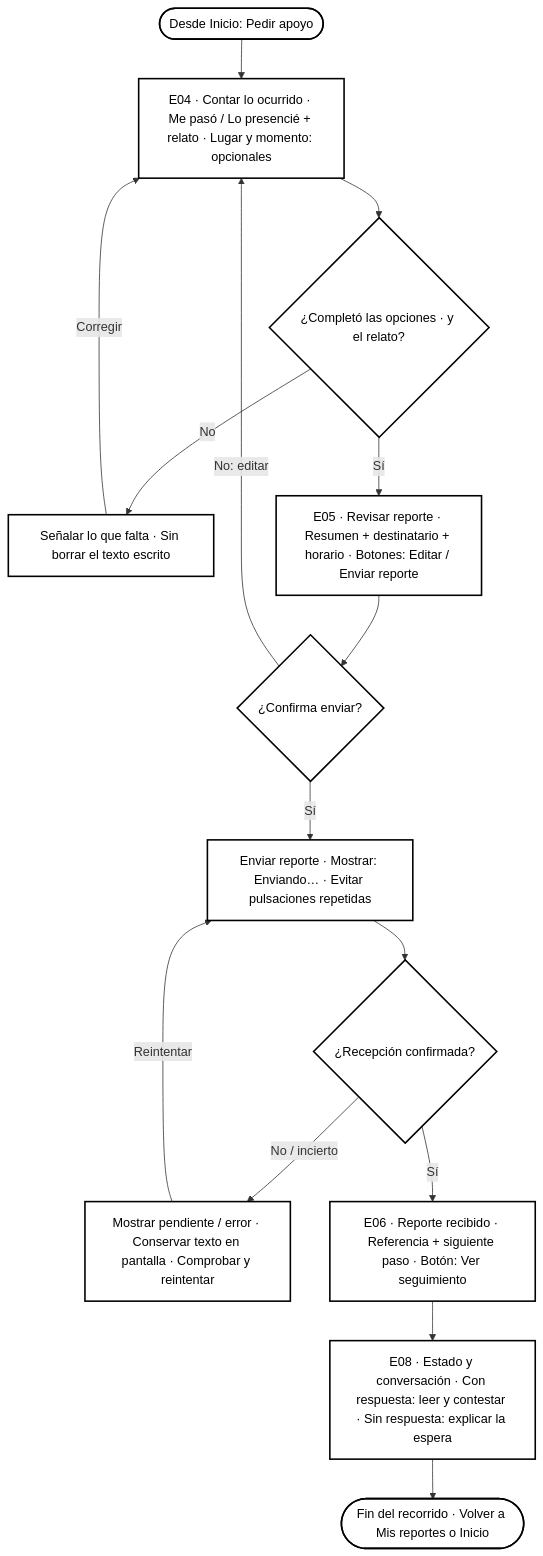
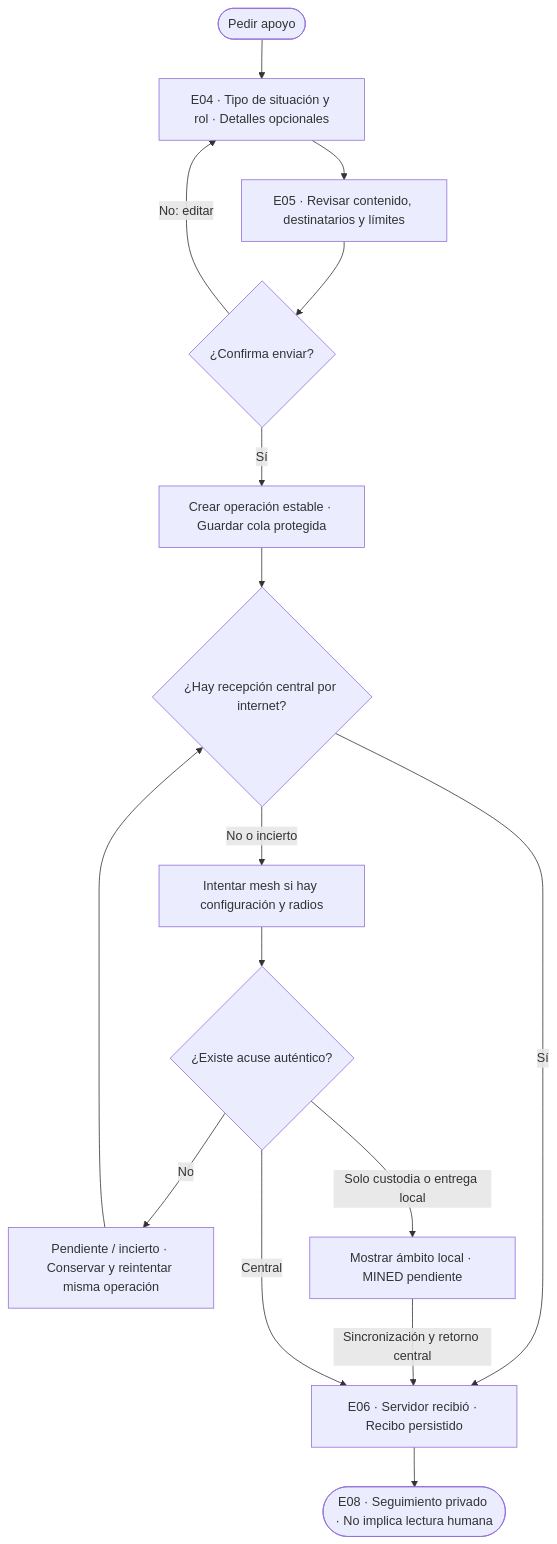
One commit to JaBaca67/Setu-Unicef-Bugnuelitos-UAM changed the third of 7 diagrams in docs/diseno/flujos/README.md. Above: the diagram before and after it, drawn with Mermaid. The commit also changed other lines of this file and 12 other files, not shown here.

Commit message:
docs: actualizar siete flujos Mermaid y retirar vistas obsoletas

````diff
--- a/docs/diseno/flujos/README.md
+++ b/docs/diseno/flujos/README.md
@@ -89,31 +51,18 @@
 ```mermaid
 flowchart TD
-    start(["Desde Inicio: Pedir apoyo"])
-    form["E04 · Contar lo ocurrido · Me pasó / Lo presencié + relato · Lugar y momento: opcionales"]
-    complete{"¿Completó las opciones · y el relato?"}
-    fix["Señalar lo que falta · Sin borrar el texto escrito"]
-    review["E05 · Revisar reporte · Resumen + destinatario + horario · Botones: Editar / Enviar reporte"]
-    confirm{"¿Confirma enviar?"}
-    send["Enviar reporte · Mostrar: Enviando… · Evitar pulsaciones repetidas"]
-    received{"¿Recepción confirmada?"}
-    retry["Mostrar pendiente / error · Conservar texto en pantalla · Comprobar y reintentar"]
-    receipt["E06 · Reporte recibido · Referencia + siguiente paso · Botón: Ver seguimiento"]
-    detail["E08 · Estado y conversación · Con respuesta: leer y contestar · Sin respuesta: explicar la espera"]
-    finish(["Fin del recorrido · Volver a Mis reportes o Inicio"])
-    start --> form
-    form --> complete
-    complete -->|"No"| fix
-    fix -->|"Corregir"| form
-    complete -->|"Sí"| review
-    review --> confirm
-    confirm -->|"No: editar"| form
-    confirm -->|"Sí"| send
-    send --> received
-    received -->|"No / incierto"| retry
-    retry -->|"Reintentar"| send
-    received -->|"Sí"| receipt
-    receipt --> detail
-    detail --> finish
-    classDef plain fill:#fff,stroke:#000,color:#000,stroke-width:2px;
-    class start,form,complete,fix,review,confirm,send,received,retry,receipt,detail,finish plain;
+    A(["Pedir apoyo"]) --> B["E04 · Tipo de situación y rol · Detalles opcionales"]
+    B --> C["E05 · Revisar contenido, destinatarios y límites"]
+    C --> D{"¿Confirma enviar?"}
+    D -->|"No: editar"| B
+    D -->|"Sí"| E["Crear operación estable · Guardar cola protegida"]
+    E --> F{"¿Hay recepción central por internet?"}
+    F -->|"Sí"| G["E06 · Servidor recibió · Recibo persistido"]
+    F -->|"No o incierto"| H["Intentar mesh si hay configuración y radios"]
+    H --> I{"¿Existe acuse auténtico?"}
+    I -->|"No"| J["Pendiente / incierto · Conservar y reintentar misma operación"]
+    J --> F
+    I -->|"Solo custodia o entrega local"| K["Mostrar ámbito local · MINED pendiente"]
+    K -->|"Sincronización y retorno central"| G
+    I -->|"Central"| G
+    G --> L(["E08 · Seguimiento privado · No implica lectura humana"])
 ```
````
